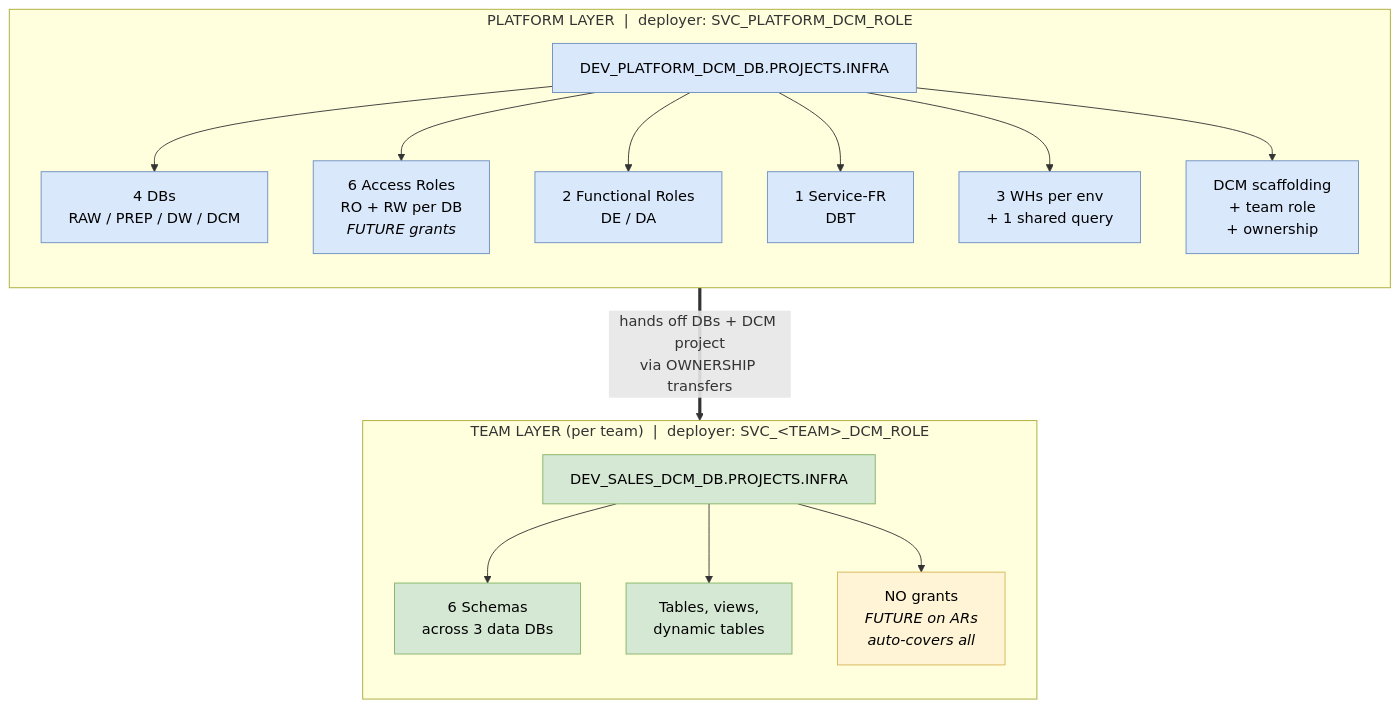
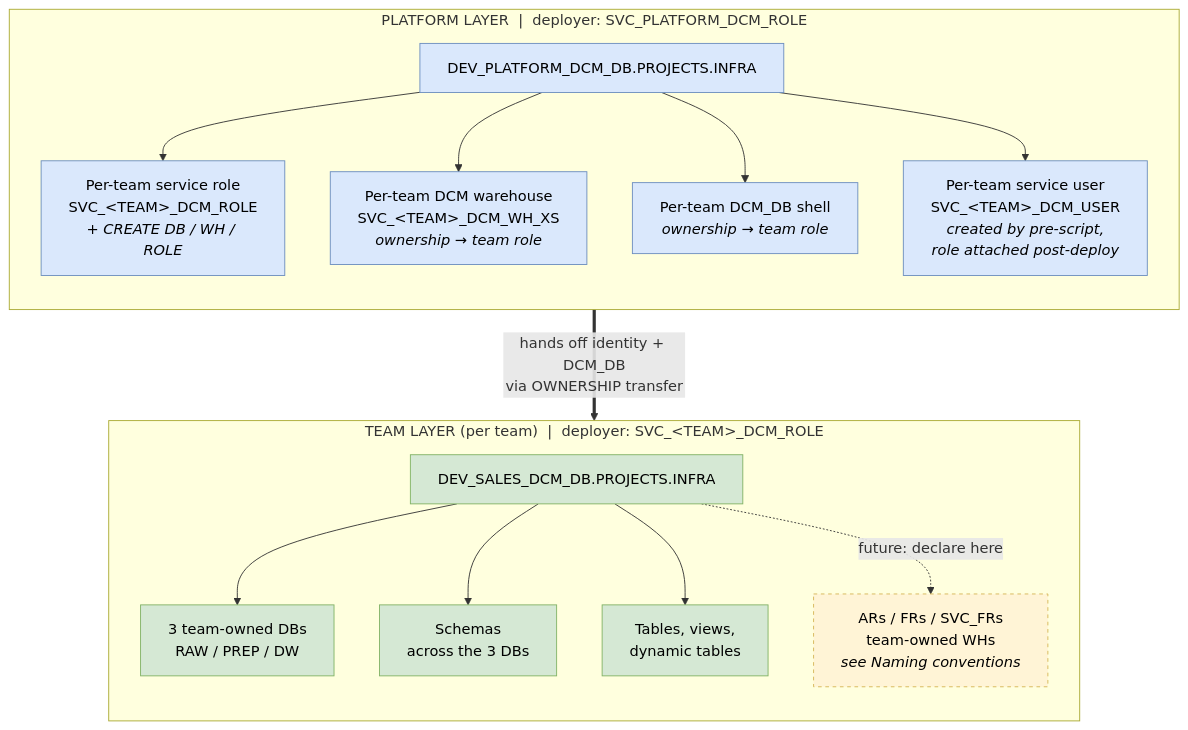
One commit to entechlog/snowflake-examples changed the diagram in snow-infra/dcm/README.md. Above: the diagram before and after it, drawn with Mermaid. The commit also changed other lines of this file and 25 other files, not shown here.

````diff
--- a/snow-infra/dcm/README.md
+++ b/snow-infra/dcm/README.md
@@ -11,30 +11,29 @@
 ```mermaid
 flowchart TB
     subgraph PLATFORM["PLATFORM LAYER &nbsp;|&nbsp; deployer: SVC_PLATFORM_DCM_ROLE"]
         direction TB
         PP["DEV_PLATFORM_DCM_DB.PROJECTS.INFRA"]
-        PP --> DBS["4 DBs<br/>RAW / PREP / DW / DCM"]
-        PP --> AR["6 Access Roles<br/>RO + RW per DB<br/><i>FUTURE grants</i>"]
-        PP --> FR["2 Functional Roles<br/>DE / DA"]
-        PP --> SVCFR["1 Service-FR<br/>DBT"]
-        PP --> WHS["3 WHs per env<br/>+ 1 shared query"]
-        PP --> SCAFF["DCM scaffolding<br/>+ team role<br/>+ ownership"]
+        PP --> ROLE["Per-team service role<br/>SVC_&lt;TEAM&gt;_DCM_ROLE<br/><i>+ CREATE DB / WH / ROLE</i>"]
+        PP --> TEAMWH["Per-team DCM warehouse<br/>SVC_&lt;TEAM&gt;_DCM_WH_XS<br/><i>ownership → team role</i>"]
+        PP --> DCMDB["Per-team DCM_DB shell<br/><i>ownership → team role</i>"]
+        PP --> USER["Per-team service user<br/>SVC_&lt;TEAM&gt;_DCM_USER<br/><i>created by pre-script,<br/>role attached post-deploy</i>"]
     end
 
     subgraph TEAM["TEAM LAYER (per team) &nbsp;|&nbsp; deployer: SVC_&lt;TEAM&gt;_DCM_ROLE"]
         direction TB
         TP["DEV_SALES_DCM_DB.PROJECTS.INFRA"]
-        TP --> SCHEMAS["6 Schemas<br/>across 3 data DBs"]
+        TP --> DBS["3 team-owned DBs<br/>RAW / PREP / DW"]
+        TP --> SCHEMAS["Schemas<br/>across the 3 DBs"]
         TP --> TVS["Tables, views,<br/>dynamic tables"]
-        TP --> NOGRANT["NO grants<br/><i>FUTURE on ARs<br/>auto-covers all</i>"]
+        TP -.->|"future: declare here"| RBAC["ARs / FRs / SVC_FRs<br/>team-owned WHs<br/><i>see Naming conventions</i>"]
     end
 
-    PLATFORM ==>|"hands off DBs + DCM project<br/>via OWNERSHIP transfers"| TEAM
+    PLATFORM ==>|"hands off identity + DCM_DB<br/>via OWNERSHIP transfer"| TEAM
 
     classDef platform fill:#dae8fc,stroke:#6c8ebf,color:#000
     classDef team fill:#d5e8d4,stroke:#82b366,color:#000
-    classDef note fill:#fff4d6,stroke:#d6b656,color:#000
-    class PP,DBS,AR,FR,SVCFR,WHS,SCAFF platform
-    class TP,SCHEMAS,TVS team
-    class NOGRANT note
+    classDef future fill:#fff4d6,stroke:#d6b656,color:#000,stroke-dasharray: 4 4
+    class PP,ROLE,DCMDB,TEAMWH,USER platform
+    class TP,DBS,SCHEMAS,TVS team
+    class RBAC future
 ```
````
